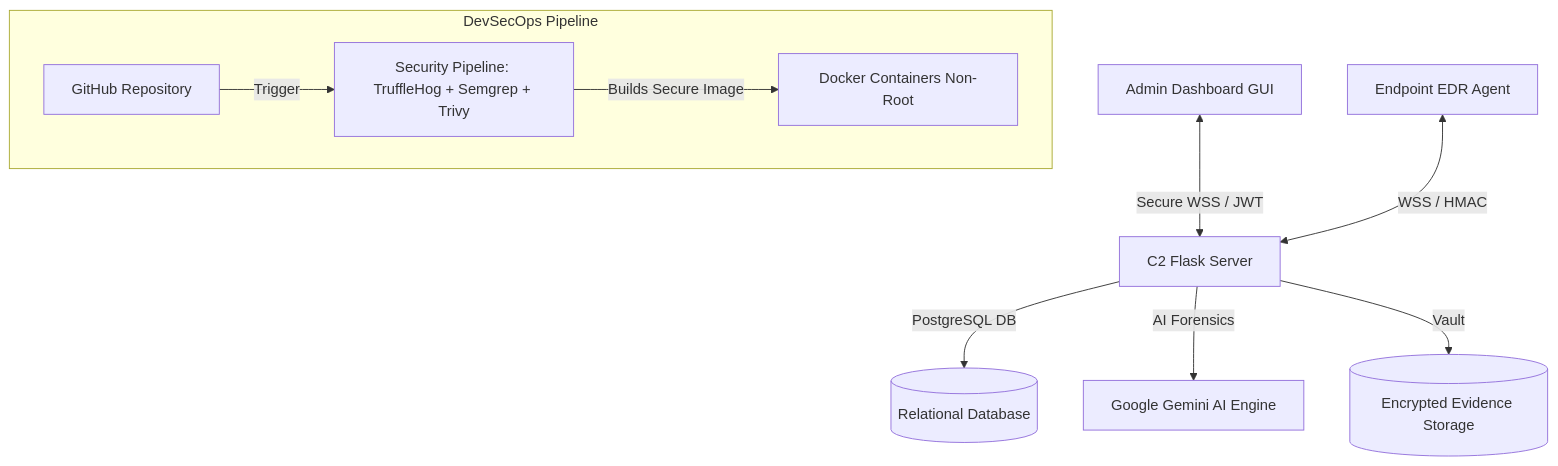
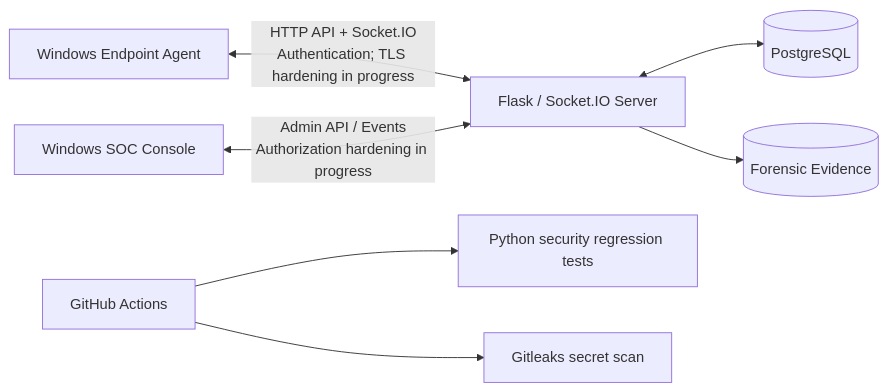
Before and after one commit to youssif-ahmed-sec/Graduation-Project-After-Adding-secure-CI-CD-Pipeline: the diagram in README.md, drawn with Mermaid. The commit also changed other lines of this file, not shown here.

Commit message:
chore: add FileTrack security baseline and CI checks

````diff
--- a/README.md
+++ b/README.md
@@ -30,14 +55,9 @@
 ```mermaid
-graph TD
-    Admin[Admin Dashboard GUI] <-->|Secure WSS / JWT| Server[C2 Flask Server]
-    Agent[Endpoint EDR Agent] <-->|WSS / HMAC| Server
-
-    subgraph DevSecOps Pipeline
-        Git[GitHub Repository] -->|Trigger| CI[Security Pipeline: TruffleHog + Semgrep + Trivy]
-        CI -->|Builds Secure Image| Docker[Docker Containers Non-Root]
-    end
-
-    Server -->|PostgreSQL DB| DB[(Relational Database)]
-    Server -->|AI Forensics| Gemini[Google Gemini AI Engine]
-    Server -->|Vault| Evidence[(Encrypted Evidence Storage)]
+flowchart LR
+    A[Windows Endpoint Agent] <-->|HTTP API + Socket.IO\nAuthentication; TLS hardening in progress| S[Flask / Socket.IO Server]
+    C[Windows SOC Console] <-->|Admin API / Events\nAuthorization hardening in progress| S
+    S <--> D[(PostgreSQL)]
+    S --> E[(Forensic Evidence)]
+    G[GitHub Actions] --> T[Python security regression tests]
+    G --> L[Gitleaks secret scan]
 ```
````
